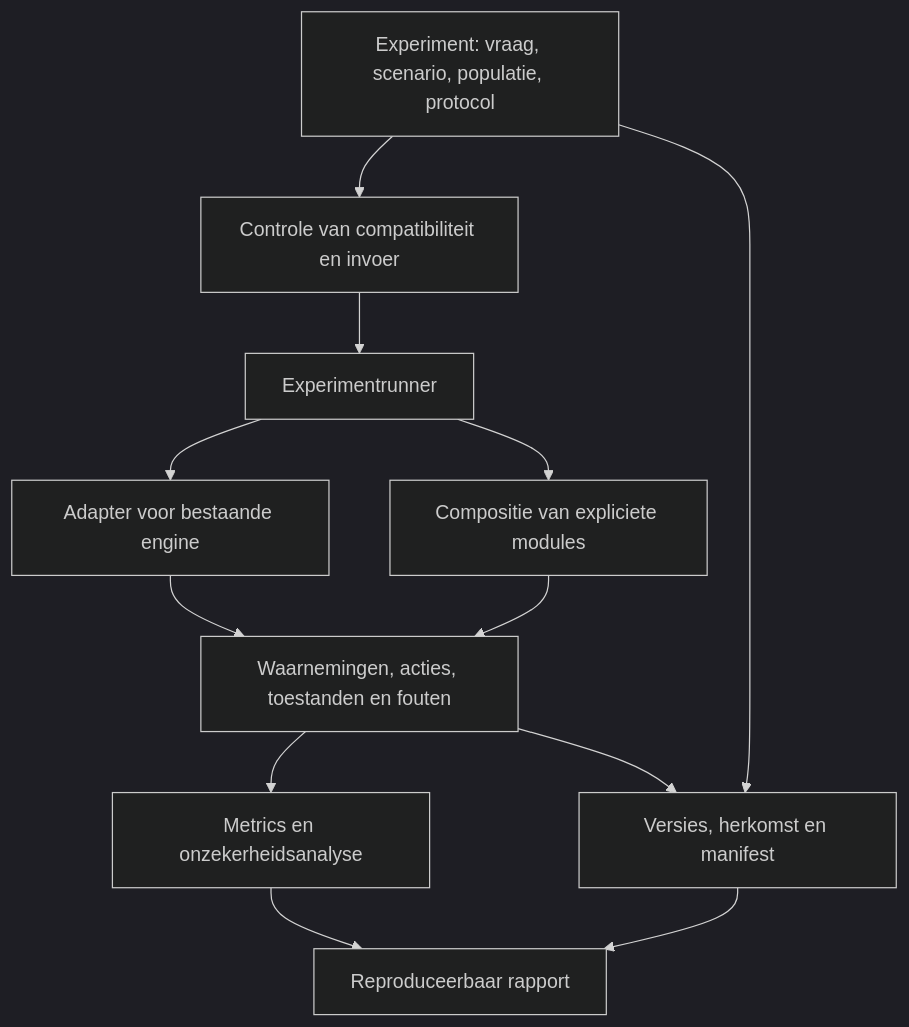
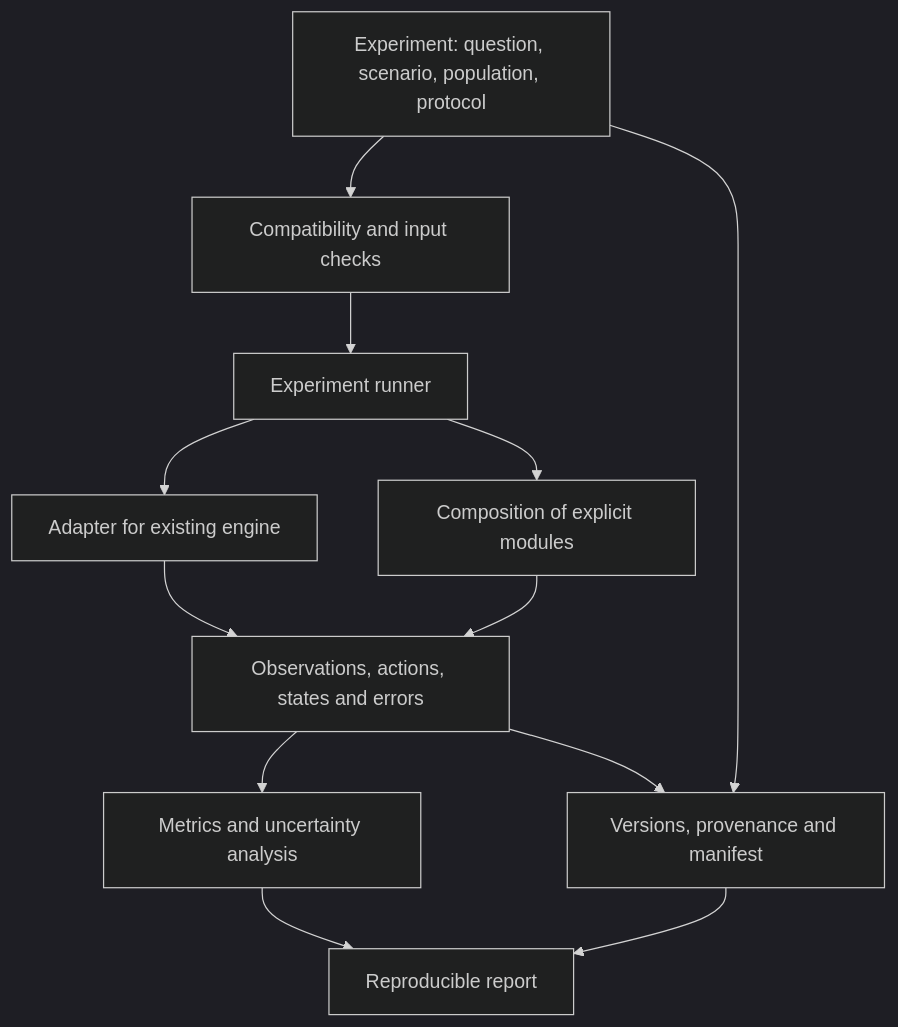
One commit to OpenT1D/lab changed the diagram in docs/onderzoek/projectopzet.md. Above: the diagram before and after it, drawn with Mermaid (dark theme). The commit also changed other lines of this file and 23 other files, not shown here.

````diff
--- a/docs/onderzoek/projectopzet.md
+++ b/docs/onderzoek/projectopzet.md
@@ -131,14 +162,14 @@
 ```mermaid
 flowchart TD
-    E[Experiment: vraag, scenario, populatie, protocol] --> V[Controle van compatibiliteit en invoer]
-    V --> R[Experimentrunner]
-    R --> A[Adapter voor bestaande engine]
-    R --> B[Compositie van expliciete modules]
-    A --> O[Waarnemingen, acties, toestanden en fouten]
+    E[Experiment: question, scenario, population, protocol] --> V[Compatibility and input checks]
+    V --> R[Experiment runner]
+    R --> A[Adapter for existing engine]
+    R --> B[Composition of explicit modules]
+    A --> O[Observations, actions, states and errors]
     B --> O
-    O --> M[Metrics en onzekerheidsanalyse]
-    M --> P[Reproduceerbaar rapport]
-    E --> H[Versies, herkomst en manifest]
+    O --> M[Metrics and uncertainty analysis]
+    M --> P[Reproducible report]
+    E --> H[Versions, provenance and manifest]
     O --> H
     H --> P
 ```
````
